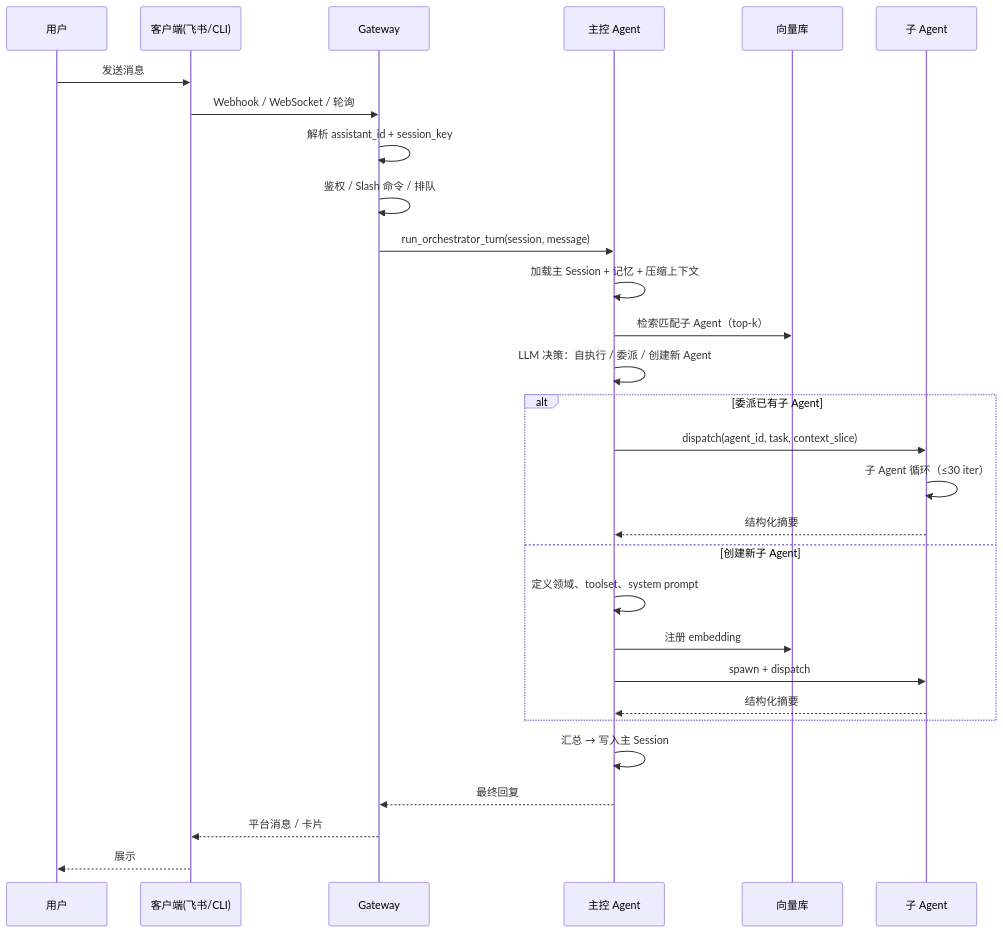
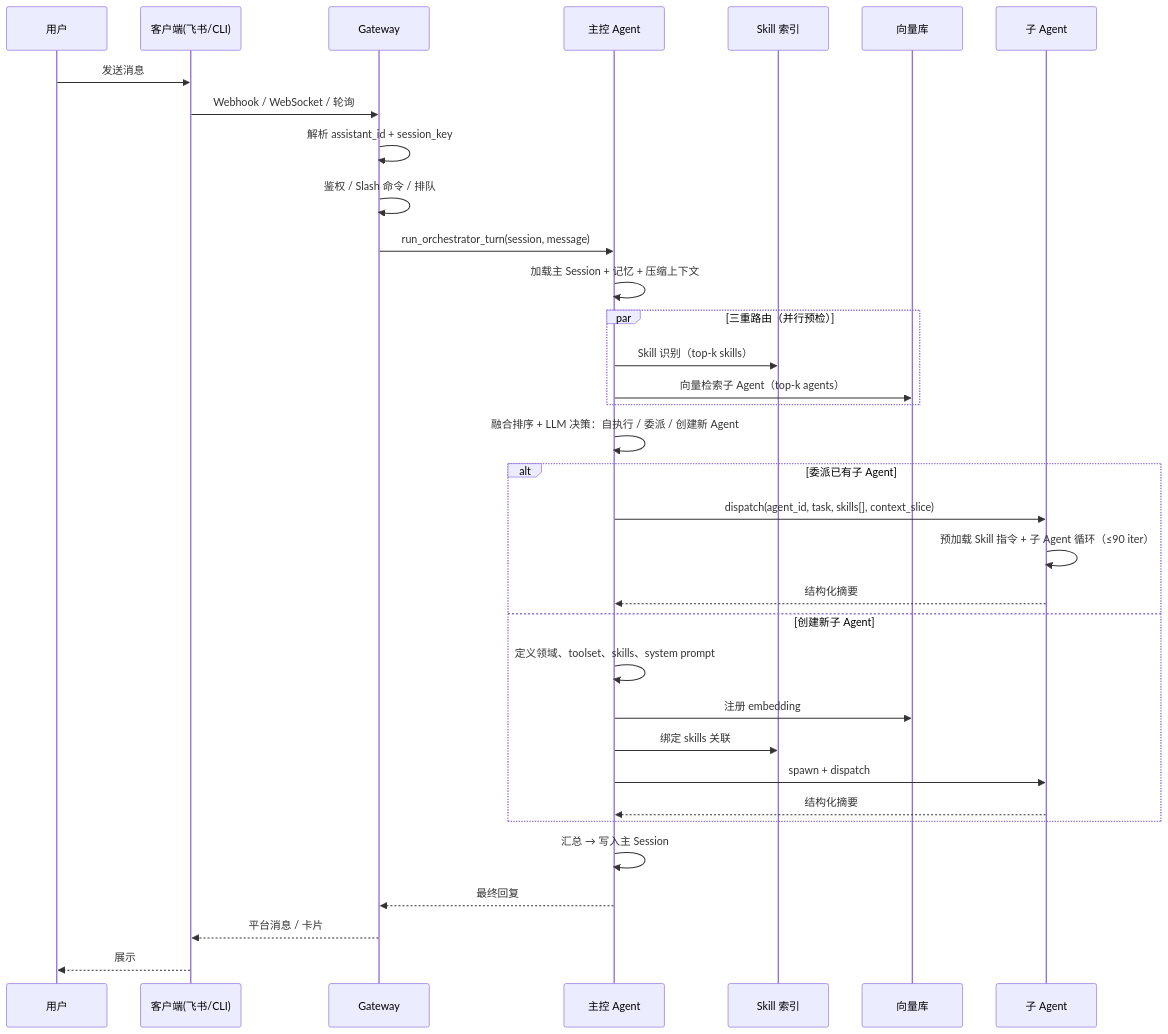
One commit to luyou-2023/evolux changed the diagram in docs/design/01-系统架构文档.md. Above: the diagram before and after it, drawn with Mermaid. The commit also changed other lines of this file and 1 other file, not shown here.

Commit message:
docs: expand architecture with triple routing, TDD workflow, and code principles

````diff
--- a/docs/design/01-系统架构文档.md
+++ b/docs/design/01-系统架构文档.md
@@ -178,35 +451,40 @@
 ```mermaid
 sequenceDiagram
     participant U as 用户
     participant C as 客户端(飞书/CLI)
     participant G as Gateway
     participant O as 主控 Agent
+    participant SK as Skill 索引
     participant V as 向量库
     participant S as 子 Agent
 
     U->>C: 发送消息
     C->>G: Webhook / WebSocket / 轮询
     G->>G: 解析 assistant_id + session_key
     G->>G: 鉴权 / Slash 命令 / 排队
     G->>O: run_orchestrator_turn(session, message)
 
     O->>O: 加载主 Session + 记忆 + 压缩上下文
-    O->>V: 检索匹配子 Agent（top-k）
-    O->>O: LLM 决策：自执行 / 委派 / 创建新 Agent
+    par 三重路由（并行预检）
+        O->>SK: Skill 识别（top-k skills）
+        O->>V: 向量检索子 Agent（top-k agents）
+    end
+    O->>O: 融合排序 + LLM 决策：自执行 / 委派 / 创建新 Agent
 
     alt 委派已有子 Agent
-        O->>S: dispatch(agent_id, task, context_slice)
-        S->>S: 子 Agent 循环（≤30 iter）
+        O->>S: dispatch(agent_id, task, skills[], context_slice)
+        S->>S: 预加载 Skill 指令 + 子 Agent 循环（≤90 iter）
         S-->>O: 结构化摘要
     else 创建新子 Agent
-        O->>O: 定义领域、toolset、system prompt
+        O->>O: 定义领域、toolset、skills、system prompt
         O->>V: 注册 embedding
+        O->>SK: 绑定 skills 关联
         O->>S: spawn + dispatch
         S-->>O: 结构化摘要
     end
 
     O->>O: 汇总 → 写入主 Session
     O-->>G: 最终回复
     G-->>C: 平台消息 / 卡片
     C-->>U: 展示
 ```
````
